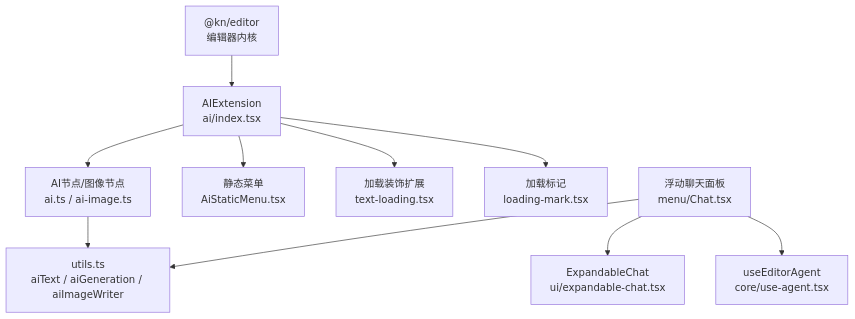
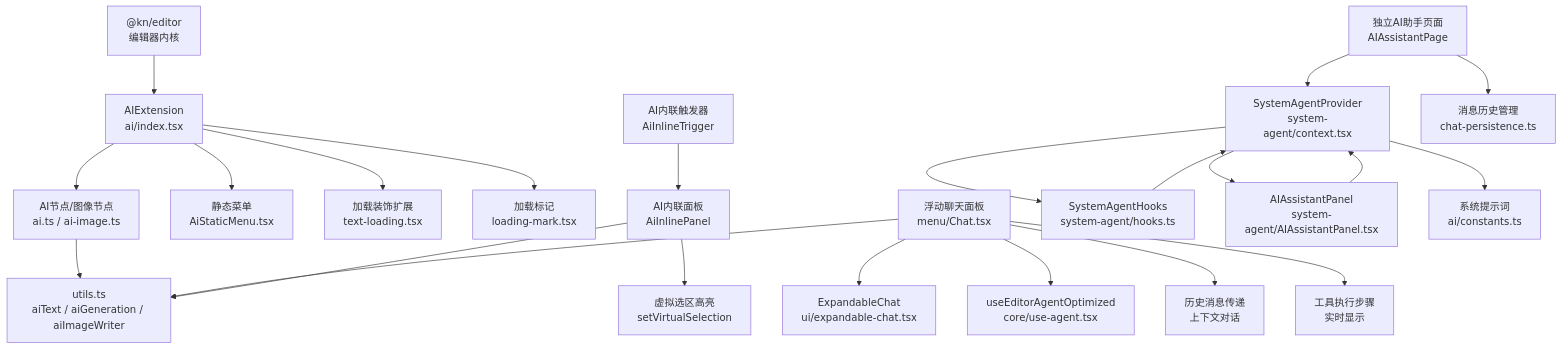
The second of 15 diagrams in .qoder/repowiki/zh/content/功能模块/AI插件/AI聊天界面.md (LRF0422/Kotion), drawn with Mermaid before and after one commit. The commit also changed other lines of this file and 75 other files, not shown here.

````diff
--- a/.qoder/repowiki/zh/content/功能模块/AI插件/AI聊天界面.md
+++ b/.qoder/repowiki/zh/content/功能模块/AI插件/AI聊天界面.md
@@ -132,12 +211,24 @@
 ```mermaid
 graph TB
 Editor["@kn/editor<br/>编辑器内核"] --> Ext["AIExtension<br/>ai/index.tsx"]
 Ext --> Nodes["AI节点/图像节点<br/>ai.ts / ai-image.ts"]
 Ext --> Menu["静态菜单<br/>AiStaticMenu.tsx"]
 Ext --> Decor["加载装饰扩展<br/>text-loading.tsx"]
 Ext --> Marks["加载标记<br/>loading-mark.tsx"]
+InlineTrigger["AI内联触发器<br/>AiInlineTrigger"] --> InlinePanel["AI内联面板<br/>AiInlinePanel"]
+InlinePanel --> VirtualSelection["虚拟选区高亮<br/>setVirtualSelection"]
 ChatPanel["浮动聊天面板<br/>menu/Chat.tsx"] --> UIComp["ExpandableChat<br/>ui/expandable-chat.tsx"]
-ChatPanel --> Agent["useEditorAgent<br/>core/use-agent.tsx"]
+ChatPanel --> Agent["useEditorAgentOptimized<br/>core/use-agent.tsx"]
+ChatPanel --> History["历史消息传递<br/>上下文对话"]
+ChatPanel --> Steps["工具执行步骤<br/>实时显示"]
 Nodes --> Utils["utils.ts<br/>aiText / aiGeneration / aiImageWriter"]
 ChatPanel --> Utils
+InlinePanel --> Utils
+SystemPage["独立AI助手页面<br/>AIAssistantPage"] --> SystemContext["SystemAgentProvider<br/>system-agent/context.tsx"]
+SystemContext --> SystemHooks["SystemAgentHooks<br/>system-agent/hooks.ts"]
+SystemContext --> SystemPanel["AIAssistantPanel<br/>system-agent/AIAssistantPanel.tsx"]
+SystemContext --> SystemConstants["系统提示词<br/>ai/constants.ts"]
+SystemPage --> ChatPersistence["消息历史管理<br/>chat-persistence.ts"]
+SystemHooks --> SystemContext
+SystemPanel --> SystemContext
 ```
````
